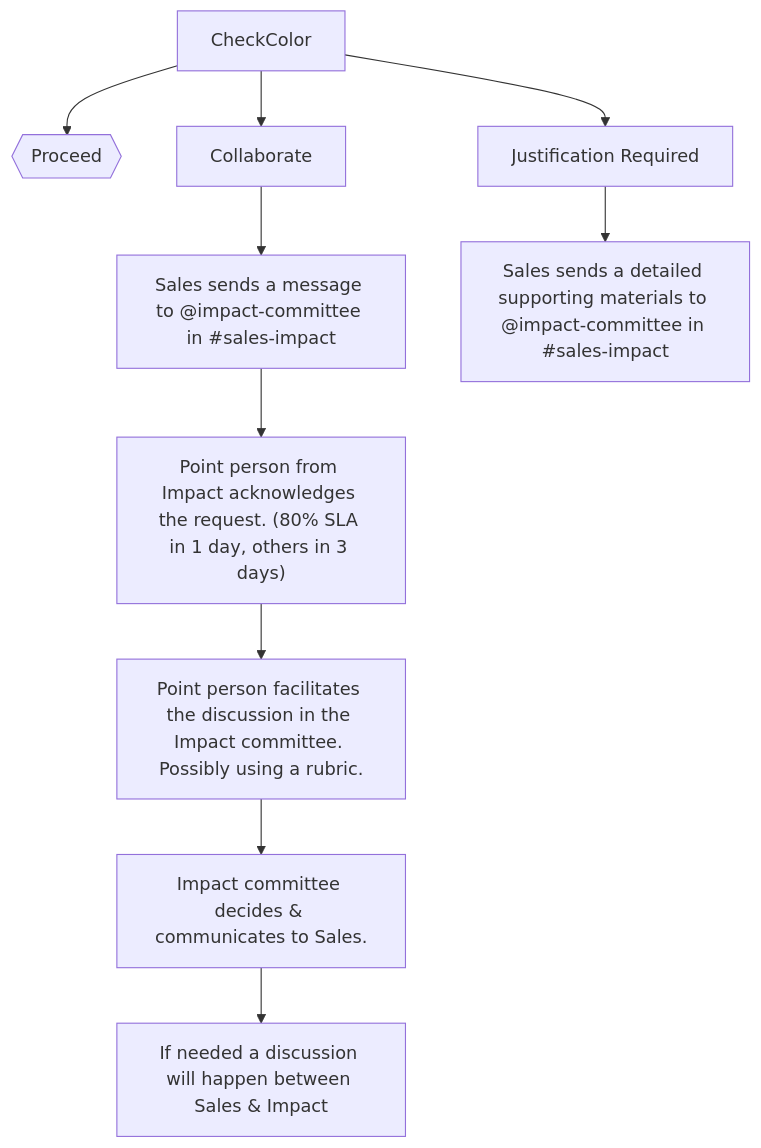
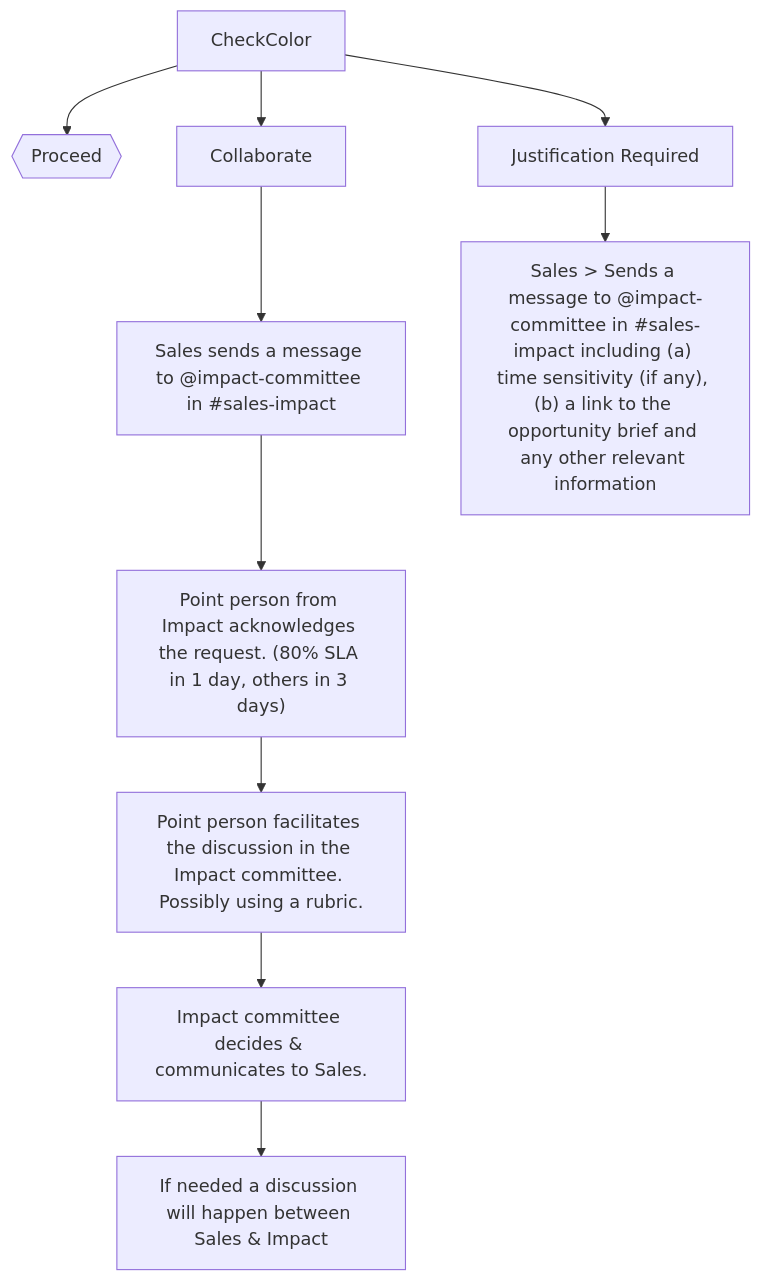
The first of 3 diagrams in impact2.md (mgifford/mermaid-graphs), drawn with Mermaid before and after one commit.

````diff
--- a/impact2.md
+++ b/impact2.md
@@ -7,13 +7,14 @@
 ```mermaid
 graph TD
     CheckColor-->IsGreen{{Proceed}};
     CheckColor-->isYellow[Collaborate];
     CheckColor-->isJustificationRequired["Justification Required"];
     isYellow-->salesAlertsImpactsYellow["Sales sends a message to @impact-committee in #sales-impact"];
    salesAlertsImpactsYellow-->ImpactResponds["Point person from Impact acknowledges the request. (80% SLA in 1 day, others in 3 days)"];
    ImpactResponds-->ImpactDiscusses["Point person facilitates the discussion in the Impact committee. Possibly using a rubric."];
   ImpactDiscusses-->Decision["Impact committee decides & communicates to Sales."];
   Decision-->Discussion["If needed a discussion will happen between Sales & Impact"];
 
-  isJustificationRequired-->salesAlertsImpactsRed["Sales sends a detailed supporting materials to @impact-committee in #sales-impact"];
+  isJustificationRequired-->salesAlertsImpactsRed["Sales > Sends a message to @impact-committee in #sales-impact including (a) time sensitivity (if any), (b) a link to the opportunity brief and any other relevant information"];
+  salesAlertsImpactsRed
 ```
````
